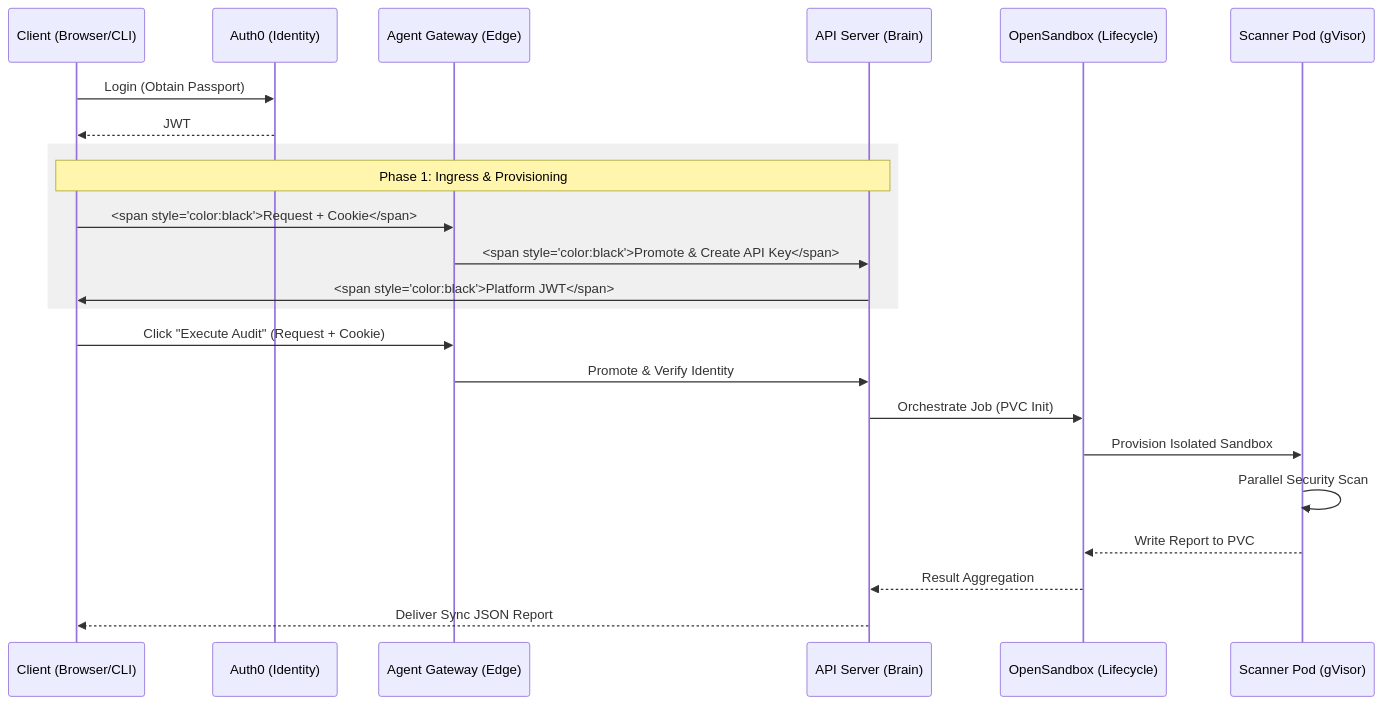
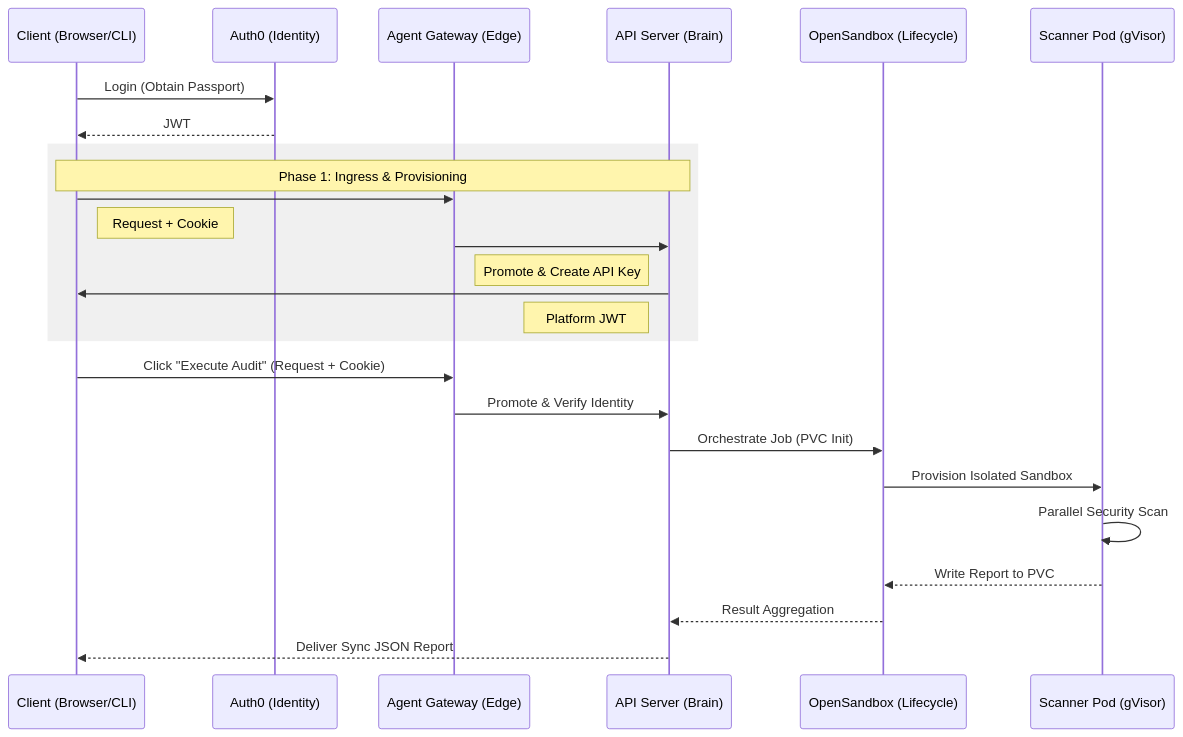
One commit to 01cloud/01-Sandbox changed the diagram in docs/technicalprocessguid.md. Above: the diagram before and after it, drawn with Mermaid.

````diff
--- a/docs/technicalprocessguid.md
+++ b/docs/technicalprocessguid.md
@@ -9,28 +9,31 @@
 ```mermaid
 sequenceDiagram
     participant User as Client (Browser/CLI)
     participant Auth0 as Auth0 (Identity)
     participant GW as Agent Gateway (Edge)
     participant API as API Server (Brain)
     participant OSS as OpenSandbox (Lifecycle)
     participant POD as Scanner Pod (gVisor)
 
     User->>Auth0: Login (Obtain Passport)
     Auth0-->>User: JWT
     
     rect rgb(240, 240, 240)
     Note over User, API: Phase 1: Ingress & Provisioning
-    User->>GW: <span style="color:black">Request + Cookie</span>
-    GW->>API: <span style="color:black">Promote & Create API Key</span>
-    API->>User: <span style="color:black">Platform JWT</span>
+    User->>GW:  
+    Note right of User: Request + Cookie
+    GW->>API:  
+    Note right of GW: Promote & Create API Key
+    API->>User:  
+    Note left of API: Platform JWT
     end
 
     User->>GW: Click "Execute Audit" (Request + Cookie)
     GW->>API: Promote & Verify Identity
     API->>OSS: Orchestrate Job (PVC Init)
     OSS->>POD: Provision Isolated Sandbox
     POD->>POD: Parallel Security Scan
     POD-->>OSS: Write Report to PVC
     OSS-->>API: Result Aggregation
     API-->>User: Deliver Sync JSON Report
 ```
````
